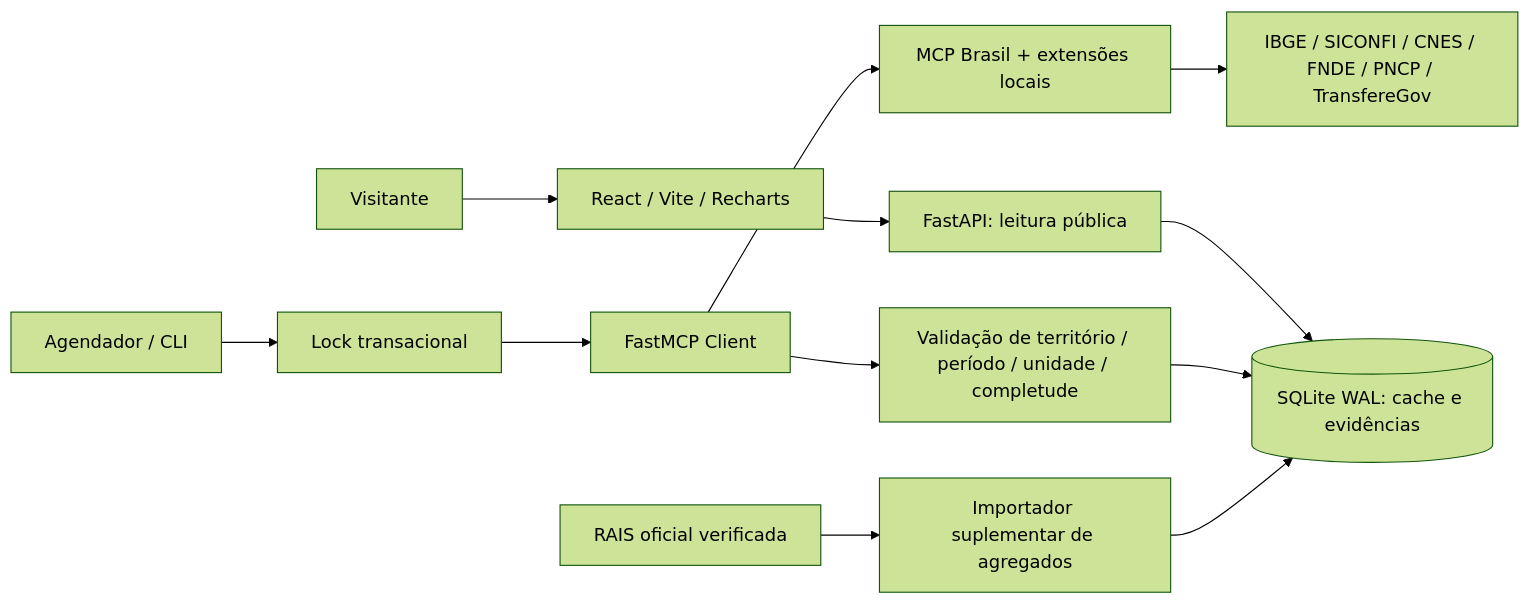
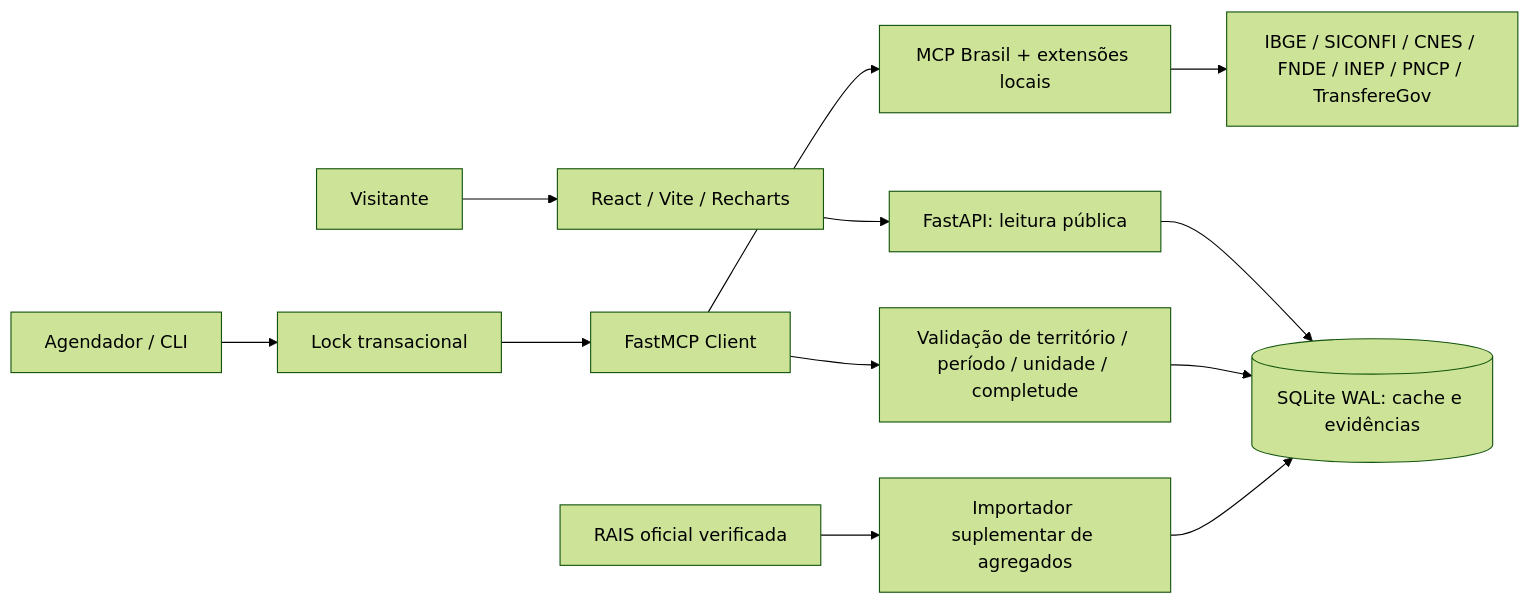
The diagram in docs/arquitetura.md (Prefeitura-de-Turvo/INOVACAO-Observatorio-Municipal), drawn with Mermaid (forest theme) before and after one commit. The commit also changed other lines of this file and 13 other files, not shown here.

````diff
--- a/docs/arquitetura.md
+++ b/docs/arquitetura.md
@@ -3,14 +3,14 @@
 ```mermaid
 flowchart LR
   visitante[Visitante] --> react[React / Vite / Recharts]
   react --> api[FastAPI: leitura pública]
   api --> cache[(SQLite WAL: cache e evidências)]
   scheduler[Agendador / CLI] --> lock[Lock transacional]
   lock --> client[FastMCP Client]
   client --> bridge[MCP Brasil + extensões locais]
-  bridge --> oficiais[IBGE / SICONFI / CNES / FNDE / PNCP / TransfereGov]
+  bridge --> oficiais[IBGE / SICONFI / CNES / FNDE / INEP / PNCP / TransfereGov]
   client --> validacao[Validação de território / período / unidade / completude]
   validacao --> cache
   arquivo[RAIS oficial verificada] --> importador[Importador suplementar de agregados]
   importador --> cache
 ```
````
